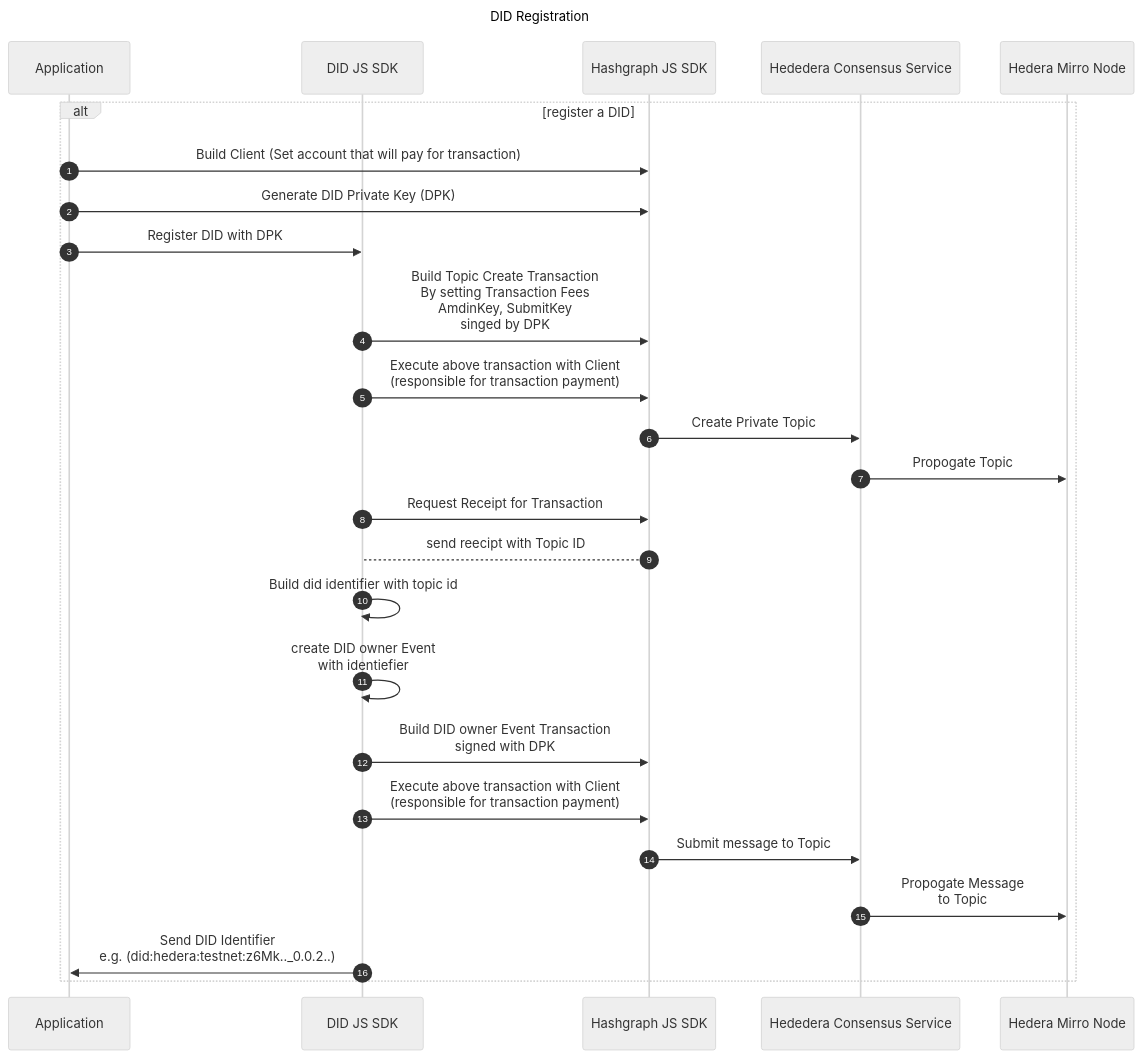
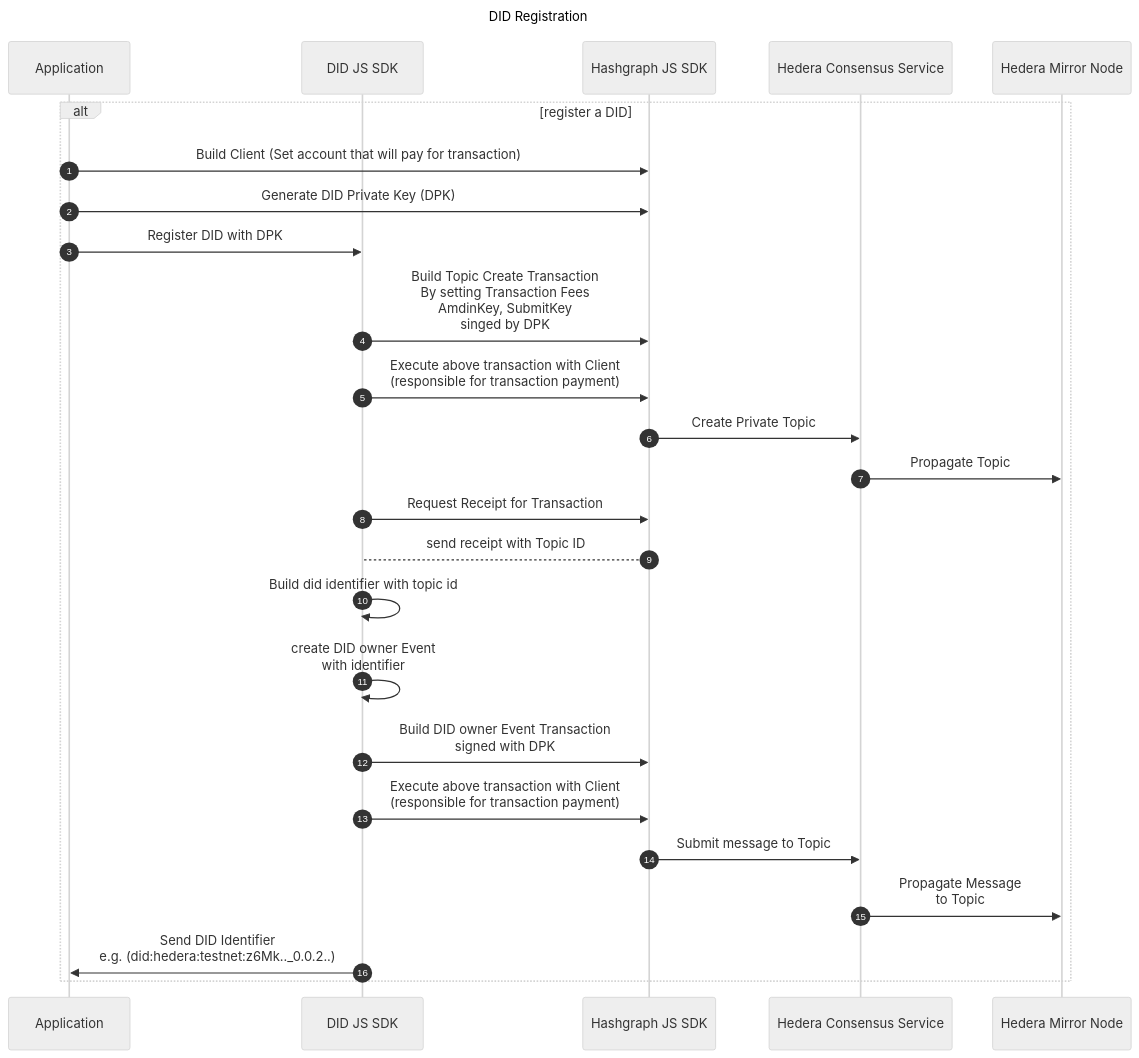
The diagram in documentation/sequence_diagram/did-registration.mmd (hashgraph/did-sdk-js), drawn with Mermaid (neutral theme) before and after one commit. The commit also changed 6 other files, not shown here.

```diff
--- a/documentation/sequence_diagram/did-registration.mmd
+++ b/documentation/sequence_diagram/did-registration.mmd
@@ -1,28 +1,28 @@
 sequenceDiagram
 Title: DID Registration
   autonumber
   participant App as Application
   participant SDK as DID JS SDK
   participant HSDK as Hashgraph JS SDK
-  participant HCS as Hededera Consensus Service
-  participant HMN as Hedera Mirro Node
+  participant HCS as Hedera Consensus Service
+  participant HMN as Hedera Mirror Node
 
 
 alt register a DID
 App ->> HSDK: Build Client (Set account that will pay for transaction)
 App ->> HSDK: Generate DID Private Key (DPK)
 App ->> SDK: Register DID with DPK
 SDK ->> HSDK: Build Topic Create Transaction <br> By setting Transaction Fees <br> AmdinKey, SubmitKey <br> singed by DPK
 SDK ->> HSDK: Execute above transaction with Client <br> (responsible for transaction payment)
 HSDK ->> HCS: Create Private Topic
-HCS ->> HMN: Propogate Topic
+HCS ->> HMN: Propagate Topic
 SDK ->> HSDK: Request Receipt for Transaction
-HSDK --> SDK: send reecipt with Topic ID
+HSDK --> SDK: send receipt with Topic ID
 SDK ->> SDK: Build did identifier with topic id
-SDK ->> SDK: create DID owner Event <br> with identiefier
+SDK ->> SDK: create DID owner Event <br> with identifier
 SDK ->> HSDK: Build DID owner Event Transaction  <br> signed with DPK
 SDK ->> HSDK: Execute above transaction with Client <br> (responsible for transaction payment)
 HSDK ->> HCS: Submit message to Topic
-HCS ->> HMN: Propogate Message <br> to Topic
+HCS ->> HMN: Propagate Message <br> to Topic
 SDK ->> App: Send DID Identifier <br> e.g. (did:hedera:testnet:z6Mk.._0.0.2..)
 end
```
